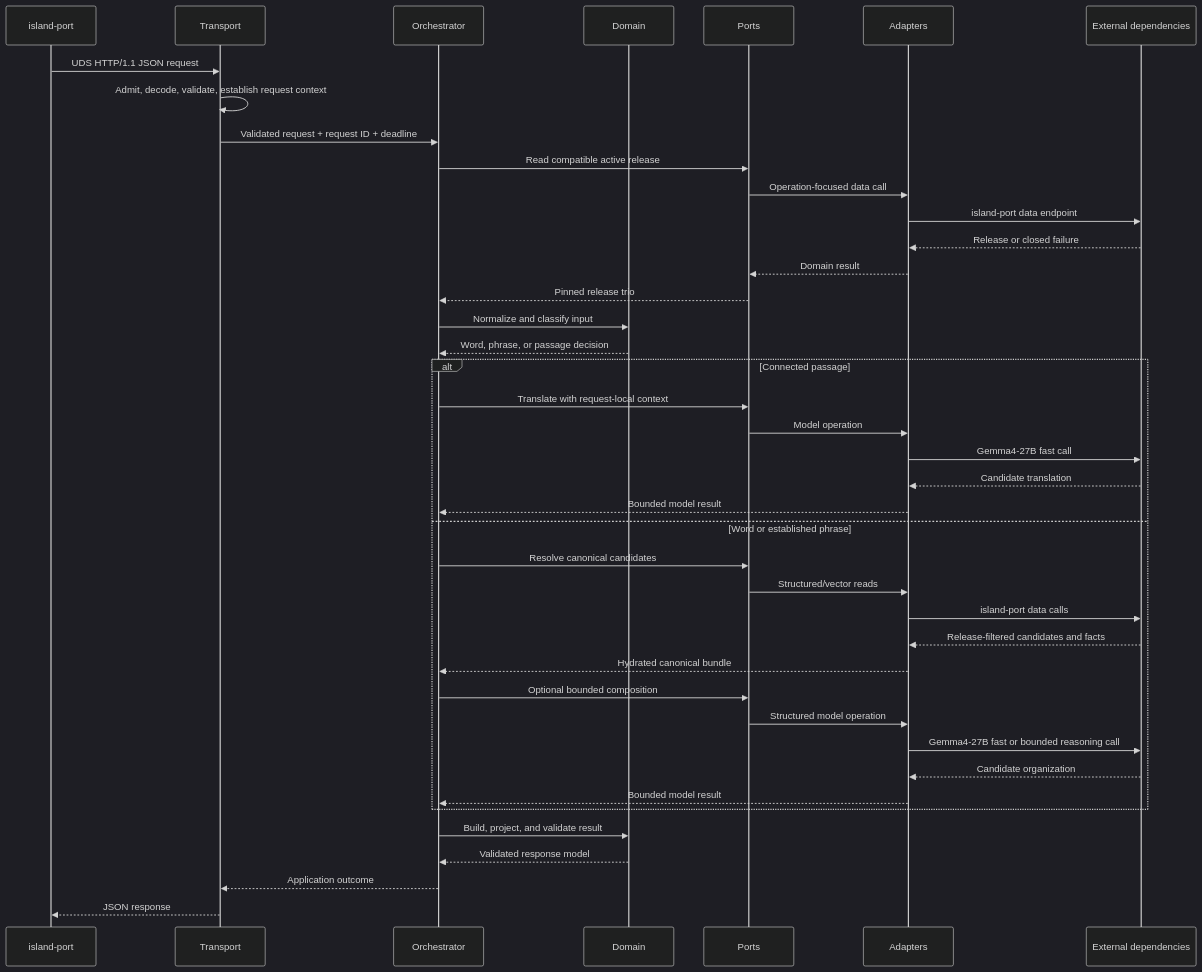
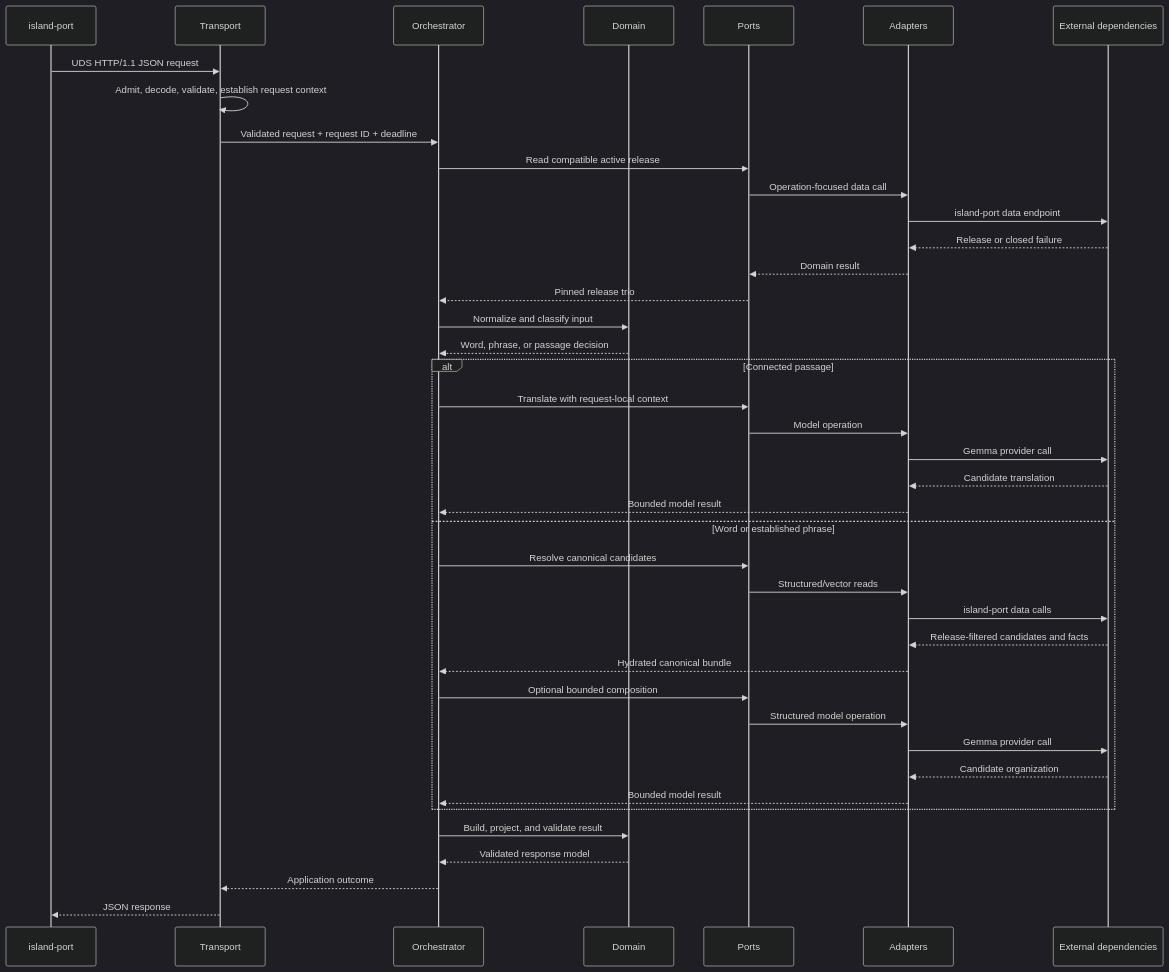
Before and after one commit to Ashex-x/Transnet: the diagram in docs/reference/application/request-dataflow.md, drawn with Mermaid (dark theme). The commit also changed other lines of this file and 52 other files, not shown here.

```diff
--- a/docs/reference/application/request-dataflow.md
+++ b/docs/reference/application/request-dataflow.md
@@ -11,44 +11,44 @@
 ~~~mermaid
 sequenceDiagram
   participant IP as island-port
   participant T as Transport
   participant O as Orchestrator
   participant D as Domain
   participant P as Ports
   participant A as Adapters
   participant X as External dependencies
 
   IP->>T: UDS HTTP/1.1 JSON request
   T->>T: Admit, decode, validate, establish request context
   T->>O: Validated request + request ID + deadline
   O->>P: Read compatible active release
   P->>A: Operation-focused data call
   A->>X: island-port data endpoint
   X-->>A: Release or closed failure
   A-->>P: Domain result
   P-->>O: Pinned release trio
   O->>D: Normalize and classify input
   D-->>O: Word, phrase, or passage decision
   alt Connected passage
     O->>P: Translate with request-local context
     P->>A: Model operation
-    A->>X: Gemma4-27B fast call
+    A->>X: Gemma provider call
     X-->>A: Candidate translation
     A-->>O: Bounded model result
   else Word or established phrase
     O->>P: Resolve canonical candidates
     P->>A: Structured/vector reads
     A->>X: island-port data calls
     X-->>A: Release-filtered candidates and facts
     A-->>O: Hydrated canonical bundle
     O->>P: Optional bounded composition
     P->>A: Structured model operation
-    A->>X: Gemma4-27B fast or bounded reasoning call
+    A->>X: Gemma provider call
     X-->>A: Candidate organization
     A-->>O: Bounded model result
   end
   O->>D: Build, project, and validate result
   D-->>O: Validated response model
   O-->>T: Application outcome
   T-->>IP: JSON response
 ~~~
```
